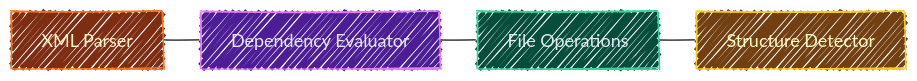
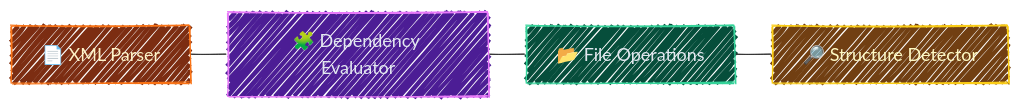
One commit to lextpf/salma changed the second of 3 diagrams in README.md. Above: the diagram before and after it, drawn with Mermaid. The commit also changed other lines of this file and 1 other file, not shown here.

````diff
--- a/README.md
+++ b/README.md
@@ -101,22 +107,22 @@
 ```mermaid
 ---
 config:
   look: handDrawn
   theme: mc
   themeVariables:
     fontSize: 18px
   layout: elk
 ---
 graph LR
     classDef parse fill:#7c2d12,stroke:#f97316,color:#fef3c7
     classDef eval fill:#4c1d95,stroke:#e879f9,color:#e2e8f0
     classDef ops fill:#064e3b,stroke:#34d399,color:#e2e8f0
     classDef detect fill:#713f12,stroke:#facc15,color:#fef9c3
 
-    P["XML Parser"]:::parse
-    D["Dependency Evaluator"]:::eval
-    F["File Operations"]:::ops
-    S["Structure Detector"]:::detect
+    P["📄 XML Parser"]:::parse
+    D["🧩 Dependency Evaluator"]:::eval
+    F["📂 File Operations"]:::ops
+    S["🔎 Structure Detector"]:::detect
 
     P --- D --- F --- S
 ```
````
